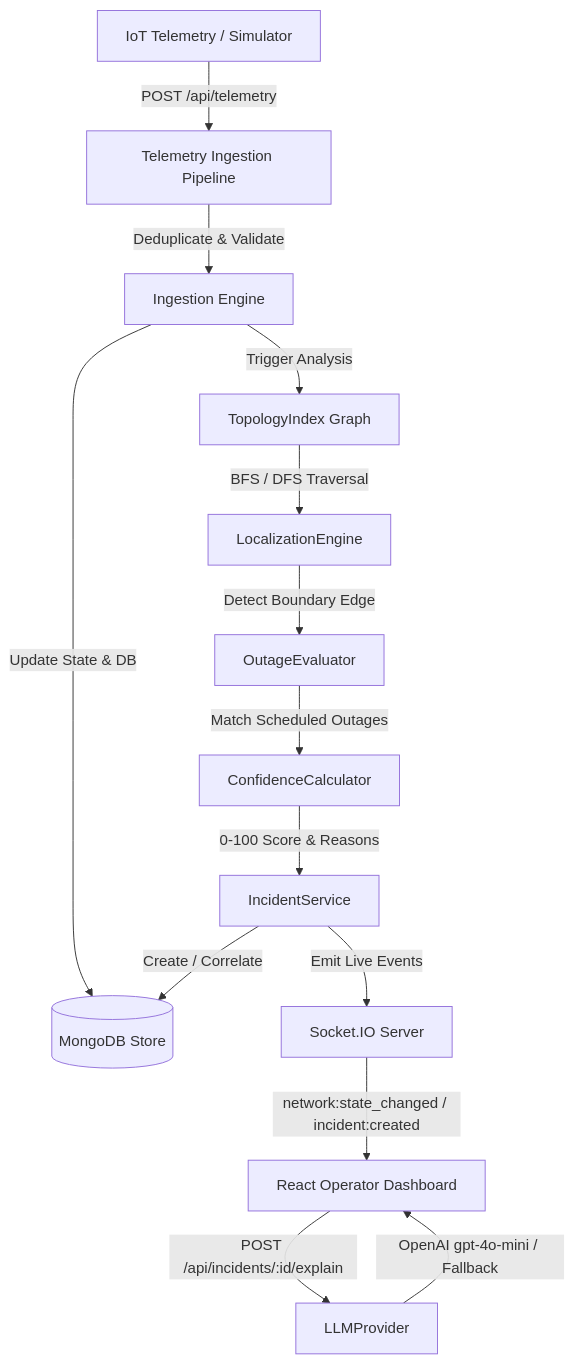
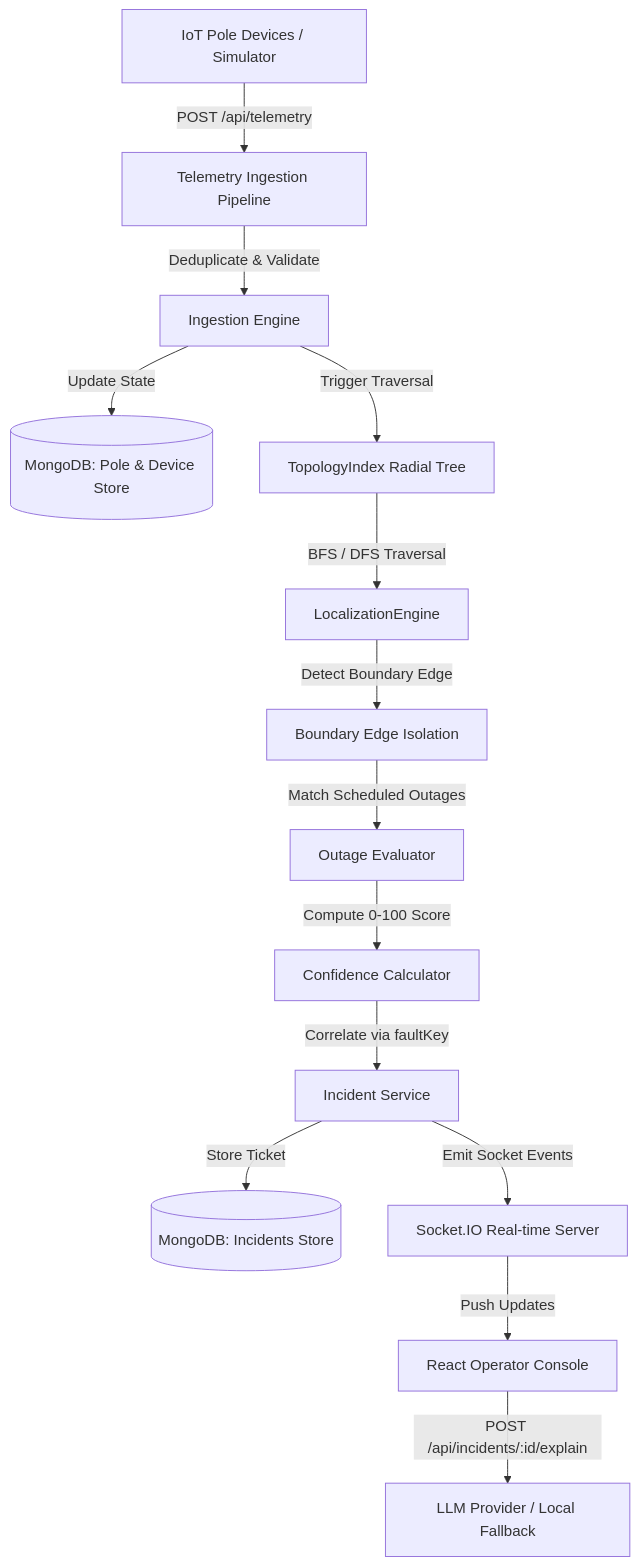
One commit to aryansingh0059/Power-Grid-manager changed the first of 2 diagrams in ARCHITECTURE.md. Above: the diagram before and after it, drawn with Mermaid. The commit also changed other lines of this file and 5 other files, not shown here.

````diff
--- a/ARCHITECTURE.md
+++ b/ARCHITECTURE.md
@@ -7,16 +13,16 @@
 ```mermaid
 graph TD
-    A[IoT Telemetry / Simulator] -->|POST /api/telemetry| B[Telemetry Ingestion Pipeline]
-    B -->|Deduplicate & Validate| C[Ingestion Engine]
-    C -->|Update State & DB| D[(MongoDB Store)]
-    C -->|Trigger Analysis| E[TopologyIndex Graph]
-    E -->|BFS / DFS Traversal| F[LocalizationEngine]
-    F -->|Detect Boundary Edge| G[OutageEvaluator]
-    G -->|Match Scheduled Outages| H[ConfidenceCalculator]
-    H -->|0-100 Score & Reasons| I[IncidentService]
-    I -->|Create / Correlate| D
-    I -->|Emit Live Events| J[Socket.IO Server]
-    J -->|network:state_changed / incident:created| K[React Operator Dashboard]
-    K -->|POST /api/incidents/:id/explain| L[LLMProvider]
-    L -->|OpenAI gpt-4o-mini / Fallback| K
+    Device[IoT Pole Devices / Simulator] -->|POST /api/telemetry| Ingestion[Telemetry Ingestion Pipeline]
+    Ingestion -->|Deduplicate & Validate| IngestEngine[Ingestion Engine]
+    IngestEngine -->|Update State| PoleDB[(MongoDB: Pole & Device Store)]
+    IngestEngine -->|Trigger Traversal| Topology[TopologyIndex Radial Tree]
+    Topology -->|BFS / DFS Traversal| Localization[LocalizationEngine]
+    Localization -->|Detect Boundary Edge| Boundary[Boundary Edge Isolation]
+    Boundary -->|Match Scheduled Outages| OutageEval[Outage Evaluator]
+    OutageEval -->|Compute 0-100 Score| Confidence[Confidence Calculator]
+    Confidence -->|Correlate via faultKey| Incidents[Incident Service]
+    Incidents -->|Store Ticket| IncDB[(MongoDB: Incidents Store)]
+    Incidents -->|Emit Socket Events| SocketIO[Socket.IO Real-time Server]
+    SocketIO -->|Push Updates| UI[React Operator Console]
+    UI -->|POST /api/incidents/:id/explain| AIProvider[LLM Provider / Local Fallback]
 ```
````
